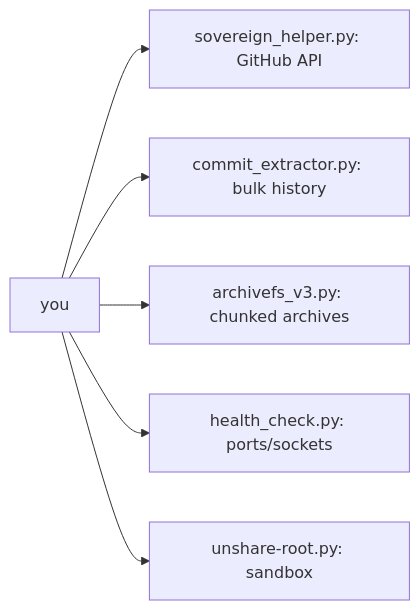
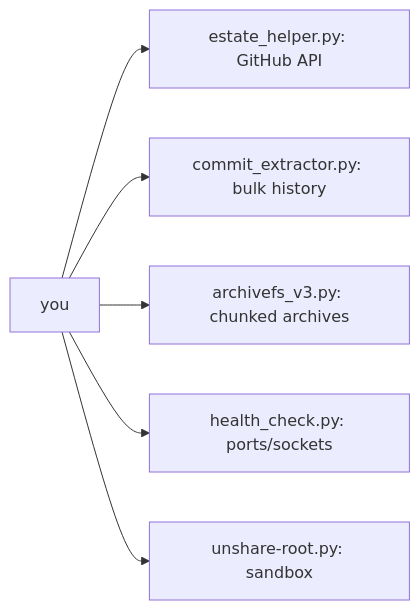
Before and after one commit to toxicwind/estate: the diagram in sovereign-scripts/README.md, drawn with Mermaid. The commit also changed other lines of this file and 617 other files, not shown here.

````diff
--- a/sovereign-scripts/README.md
+++ b/sovereign-scripts/README.md
@@ -20,8 +20,8 @@
 ```mermaid
 flowchart LR
-    YOU[you] --> SH[sovereign_helper.py: GitHub API]
+    YOU[you] --> SH[estate_helper.py: GitHub API]
     YOU --> CE[commit_extractor.py: bulk history]
     YOU --> AR[archivefs_v3.py: chunked archives]
     YOU --> HC[health_check.py: ports/sockets]
     YOU --> SB[unshare-root.py: sandbox]
 ```
````
